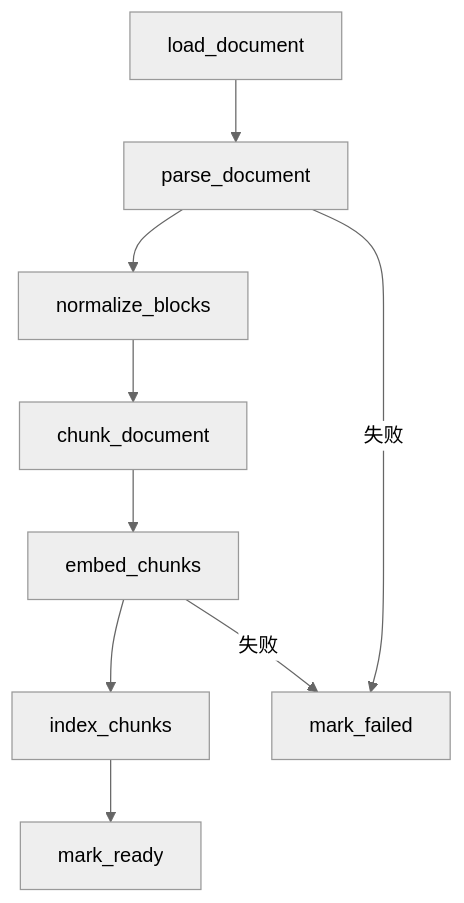
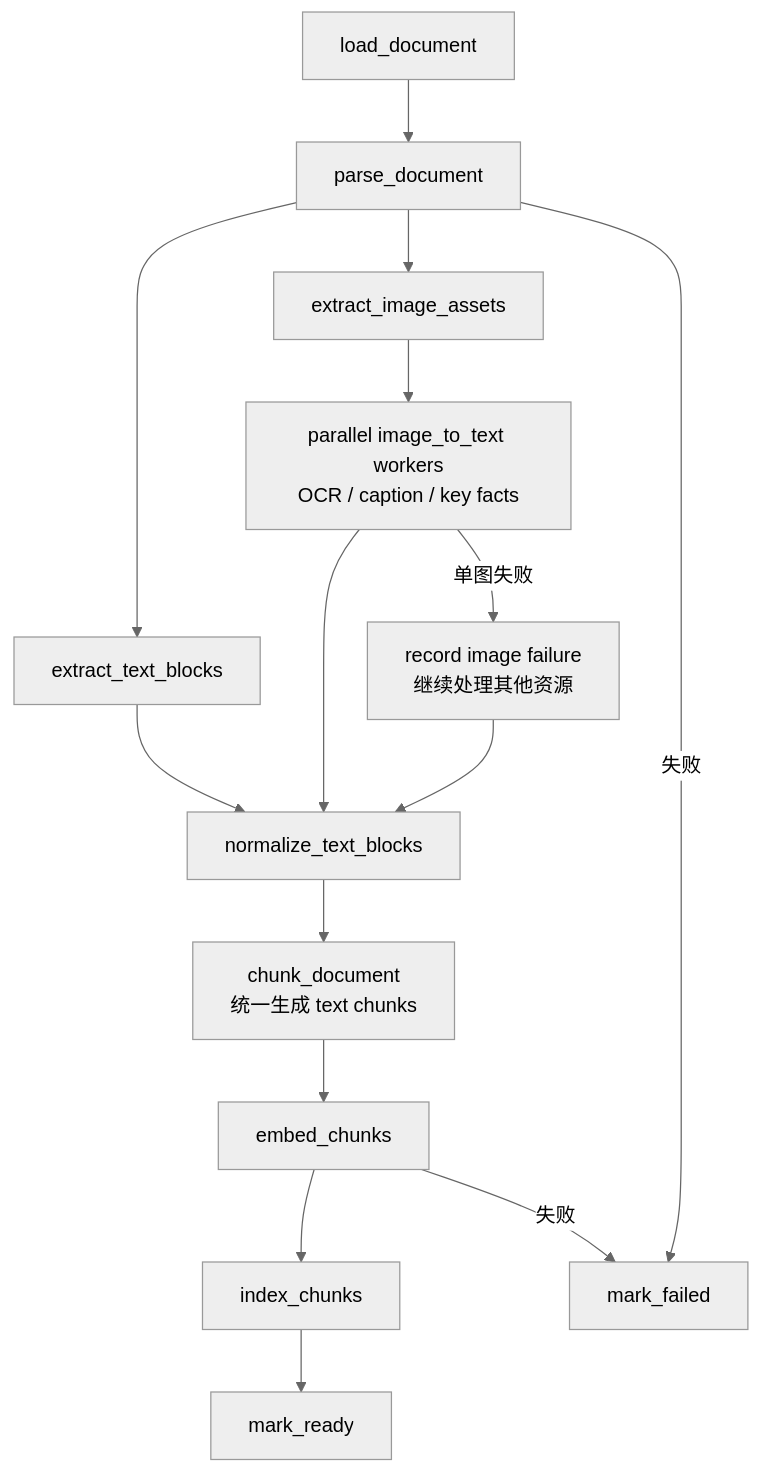
One commit to LiuJiaxuan1024/AiMemo changed the second of 6 diagrams in docs/architecture/knowledge-base-module.md. Above: the diagram before and after it, drawn with Mermaid (neutral theme). The commit also changed other lines of this file and 34 other files, not shown here.

Commit message:
feat: add qwen vl ocr knowledge image extraction

````diff
--- a/docs/architecture/knowledge-base-module.md
+++ b/docs/architecture/knowledge-base-module.md
@@ -339,11 +441,17 @@
 ```mermaid
 flowchart TD
   LoadDocument[load_document] --> Parse[parse_document]
-  Parse --> Normalize[normalize_blocks]
-  Normalize --> Chunk[chunk_document]
+  Parse --> TextBlocks[extract_text_blocks]
+  Parse --> ImageAssets[extract_image_assets]
+  ImageAssets --> ImageWorkers[parallel image_to_text workers<br/>OCR / caption / key facts]
+  TextBlocks --> Normalize[normalize_text_blocks]
+  ImageWorkers --> Normalize
+  Normalize --> Chunk[chunk_document<br/>统一生成 text chunks]
   Chunk --> Embed[embed_chunks]
   Embed --> Index[index_chunks]
   Index --> Ready[mark_ready]
   Parse -->|失败| Failed[mark_failed]
+  ImageWorkers -->|单图失败| Partial[record image failure<br/>继续处理其他资源]
+  Partial --> Normalize
   Embed -->|失败| Failed
 ```
````
